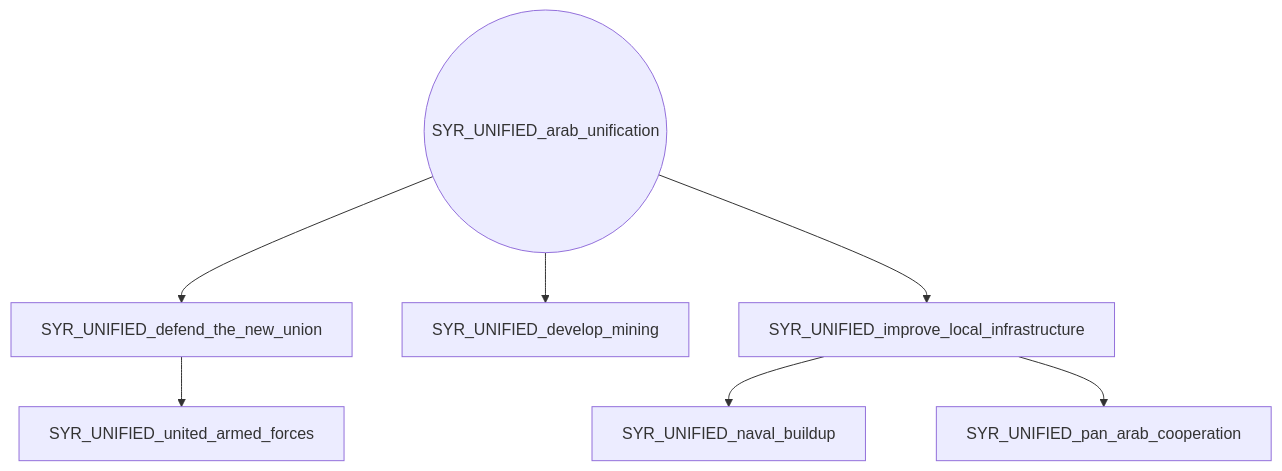
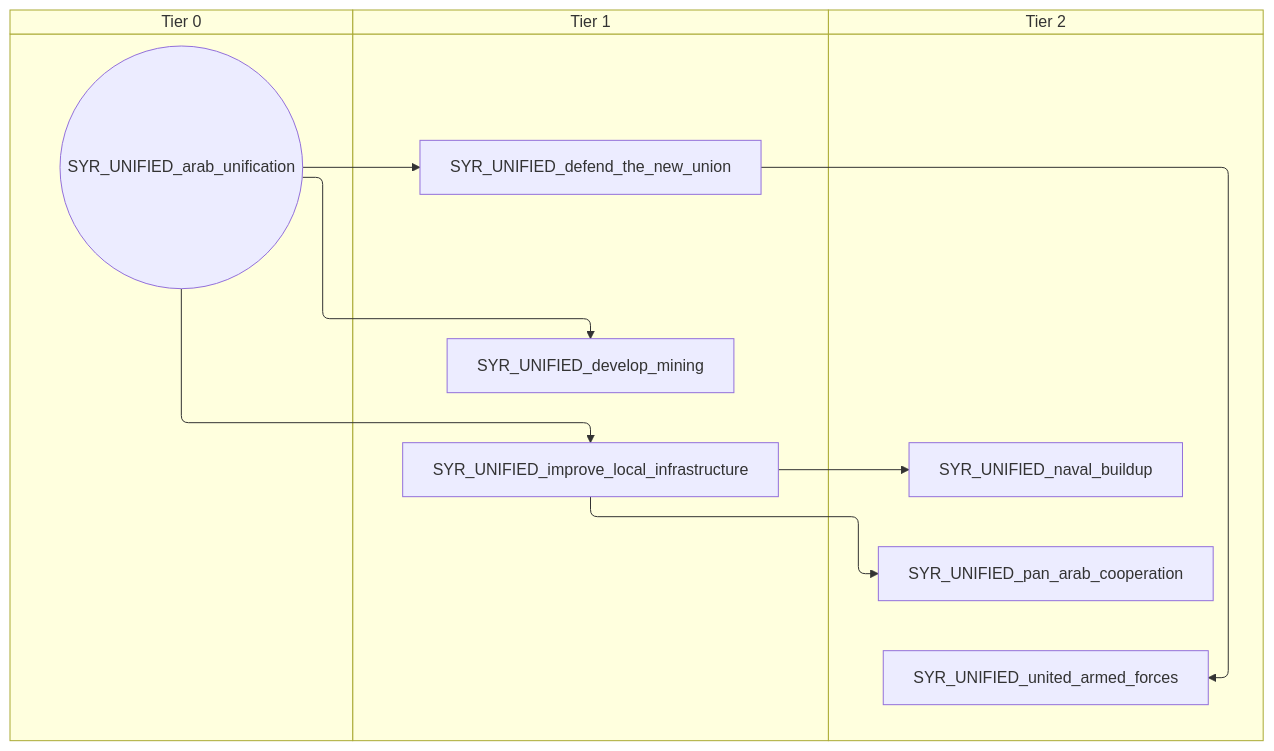
Before and after one commit to evgeny-sobol/hoi4-sandbox-mode-r56: the diagram in docs/gdd/National Focuses/r56_levant_shared.md, drawn with Mermaid. The commit also changed 423 other files, not shown here.

First line of the commit message:
Re-export Rt56 focus trees as swimlane diagrams

````diff
--- a/docs/gdd/National Focuses/r56_levant_shared.md
+++ b/docs/gdd/National Focuses/r56_levant_shared.md
@@ -3,16 +3,22 @@
 ```mermaid
-flowchart TD
-    n1(("SYR_UNIFIED_arab_unification"))
-    n2["SYR_UNIFIED_defend_the_new_union"]
-    n3["SYR_UNIFIED_develop_mining"]
-    n4["SYR_UNIFIED_improve_local_infrastructure"]
-    n5["SYR_UNIFIED_naval_buildup"]
-    n6["SYR_UNIFIED_pan_arab_cooperation"]
-    n7["SYR_UNIFIED_united_armed_forces"]
+swimlane-beta TD
+    subgraph tier_0["Tier 0"]
+        n1(("SYR_UNIFIED_arab_unification"))
+    end
+    subgraph tier_1["Tier 1"]
+        n2["SYR_UNIFIED_defend_the_new_union"]
+        n3["SYR_UNIFIED_develop_mining"]
+        n4["SYR_UNIFIED_improve_local_infrastructure"]
+    end
+    subgraph tier_2["Tier 2"]
+        n5["SYR_UNIFIED_naval_buildup"]
+        n6["SYR_UNIFIED_pan_arab_cooperation"]
+        n7["SYR_UNIFIED_united_armed_forces"]
+    end
     n1 --> n2
     n1 --> n3
     n1 --> n4
     n4 --> n5
     n4 --> n6
     n2 --> n7
 ```
````
